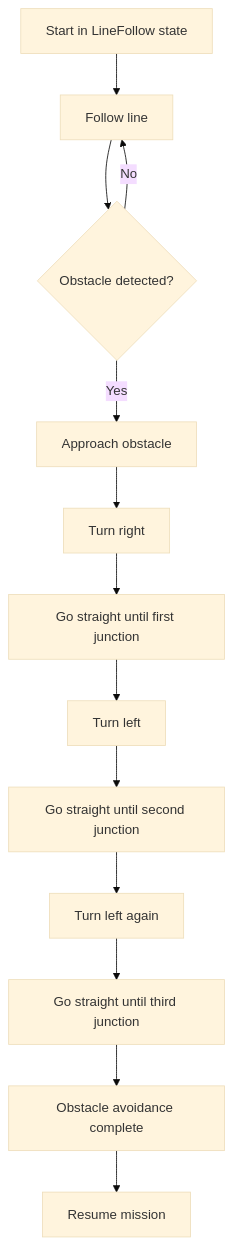
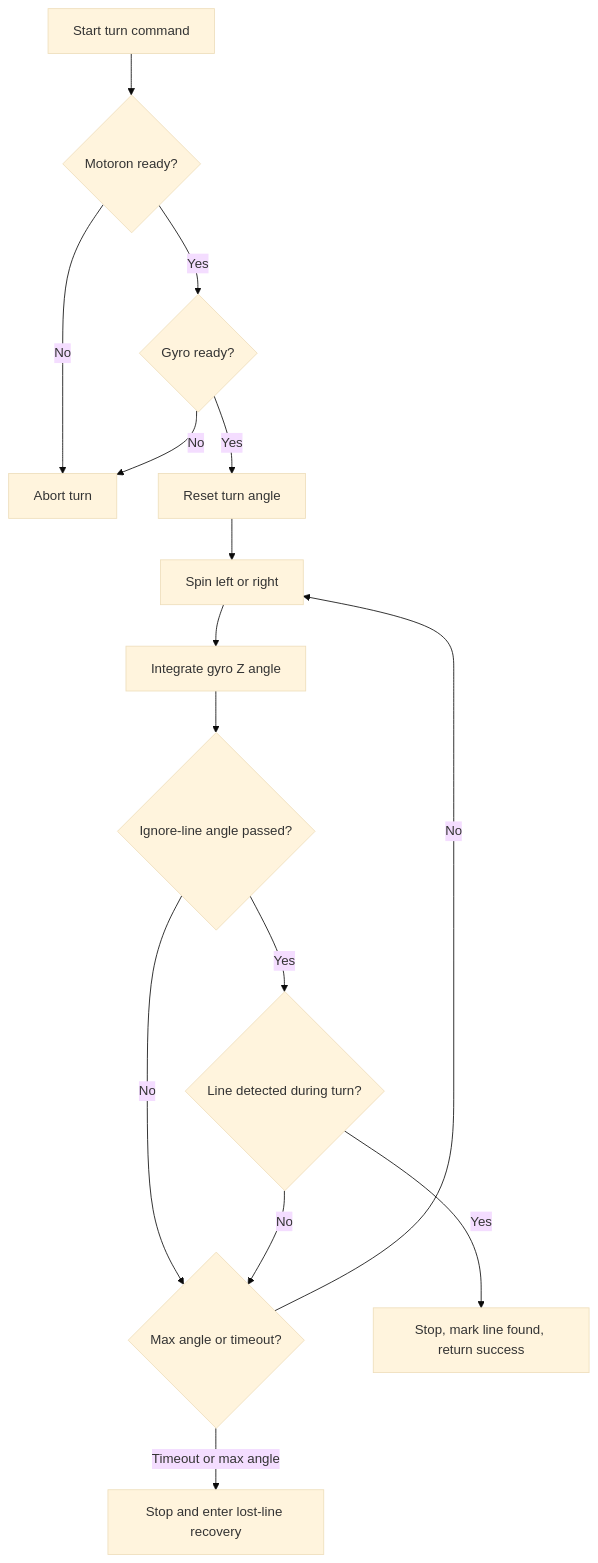
One commit to Nolanyu99/term3_robot changed the sixth of 14 diagrams in README.md. Above: the diagram before and after it, drawn with Mermaid (base theme). The commit also changed other lines of this file, not shown here.

````diff
--- a/README.md
+++ b/README.md
@@ -366,16 +494,20 @@
 ```mermaid
 flowchart TD
-    A[Start in LineFollow state] --> B[Follow line]
-    B --> C{Obstacle detected?}
+    A[Start turn command] --> B{Motoron ready?}
+    B -->|No| C[Abort turn]
+    B -->|Yes| D{Gyro ready?}
+    D -->|No| C
+    D -->|Yes| E[Reset turn angle]
 
-    C -->|No| B
-    C -->|Yes| D[Approach obstacle]
-    D --> E[Turn right]
-    E --> F[Go straight until first junction]
-    F --> G[Turn left]
-    G --> H[Go straight until second junction]
-    H --> I[Turn left again]
-    I --> J[Go straight until third junction]
-    J --> K[Obstacle avoidance complete]
-    K --> L[Resume mission]
+    E --> F[Spin left or right]
+    F --> G[Integrate gyro Z angle]
+    G --> H{Ignore-line angle passed?}
+    H -->|No| I{Max angle or timeout?}
+    H -->|Yes| J{Line detected during turn?}
+
+    J -->|Yes| K[Stop, mark line found, return success]
+    J -->|No| I
+
+    I -->|No| F
+    I -->|Timeout or max angle| L[Stop and enter lost-line recovery]
 ```
````
